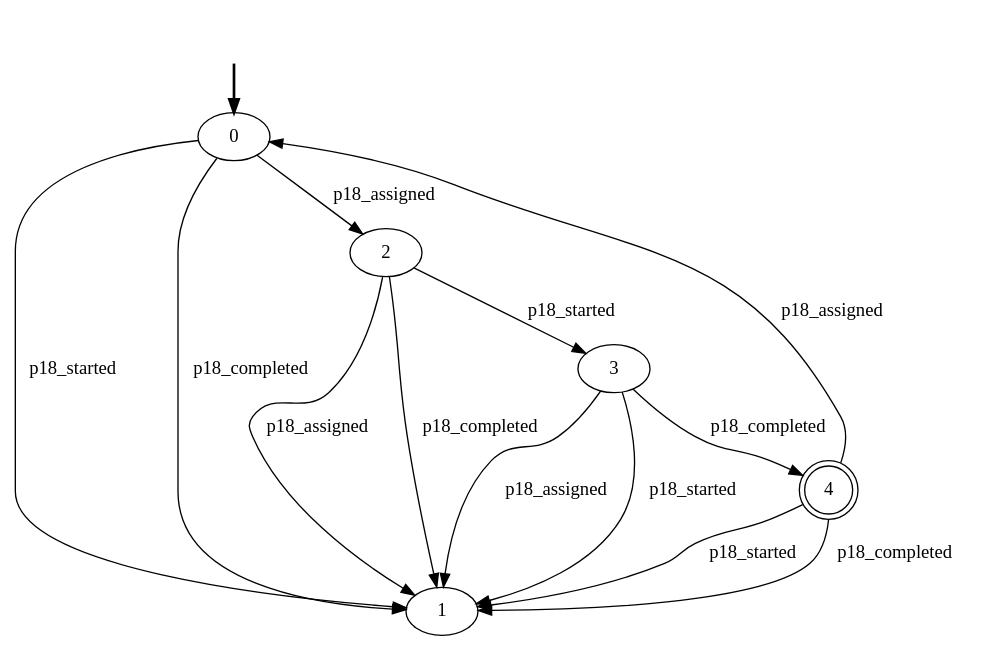
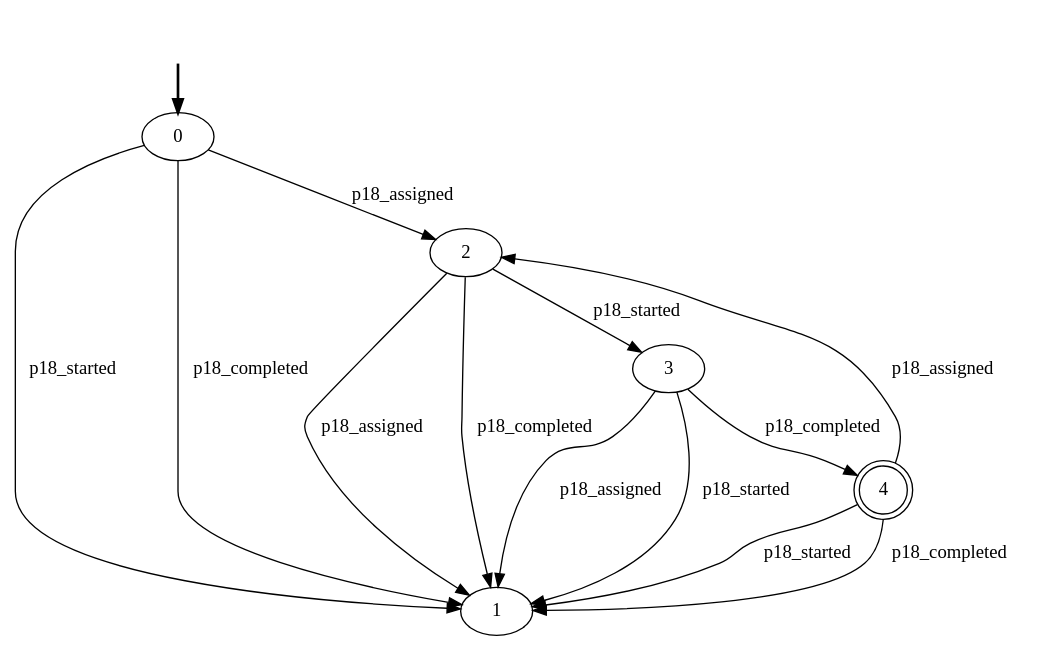
The diagram in Plan-based_Data_Aware_Declarative_Conf_Checker/resources/declarative-models/Data-Aware/5-CONSTRAINTS/p18_lifecycle.dot (GianmarcoBordin/pddlTranslator), drawn with Graphviz before and after one commit. The commit also changed 78 other files, not shown here.

```diff
--- a/Plan-based_Data_Aware_Declarative_Conf_Checker/resources/declarative-models/Data-Aware/5-CONSTRAINTS/p18_lifecycle.dot
+++ b/Plan-based_Data_Aware_Declarative_Conf_Checker/resources/declarative-models/Data-Aware/5-CONSTRAINTS/p18_lifecycle.dot
@@ -1,21 +1,21 @@
 digraph {
 		fake0 [style=invisible]
 		0 [root=true]
+		1
 		2
 		3
 		4 [shape=doublecircle]
-		1
 		fake0 -> 0 [style=bold]
-		0 -> 2 [label=p18_assigned]
+		2 -> 1 [label=p18_assigned]
 		2 -> 3 [label=p18_started]
-		3 -> 4 [label=p18_completed]
-		4 -> 0 [label=p18_assigned]
+		2 -> 1 [label=p18_completed]
 		3 -> 1 [label=p18_assigned]
 		3 -> 1 [label=p18_started]
+		3 -> 4 [label=p18_completed]
+		4 -> 2 [label=p18_assigned]
 		4 -> 1 [label=p18_started]
 		4 -> 1 [label=p18_completed]
-		2 -> 1 [label=p18_assigned]
-		2 -> 1 [label=p18_completed]
+		0 -> 2 [label=p18_assigned]
 		0 -> 1 [label=p18_started]
 		0 -> 1 [label=p18_completed]
 }
```
